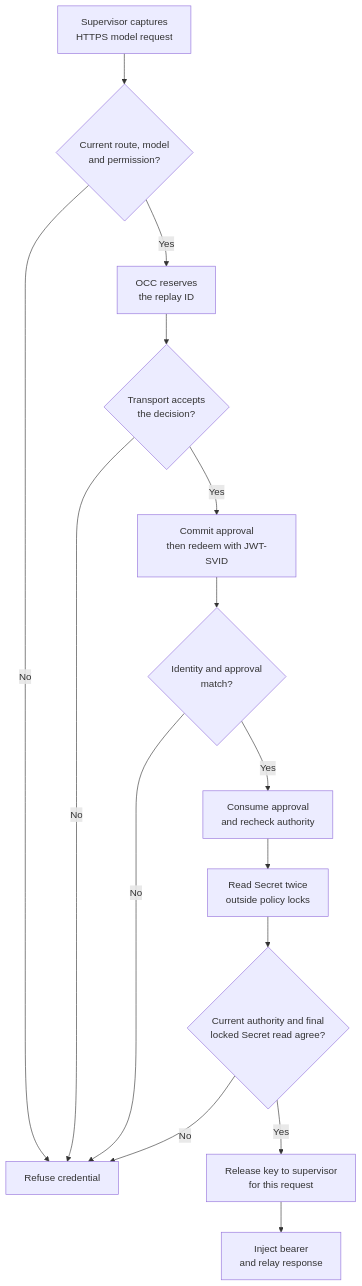
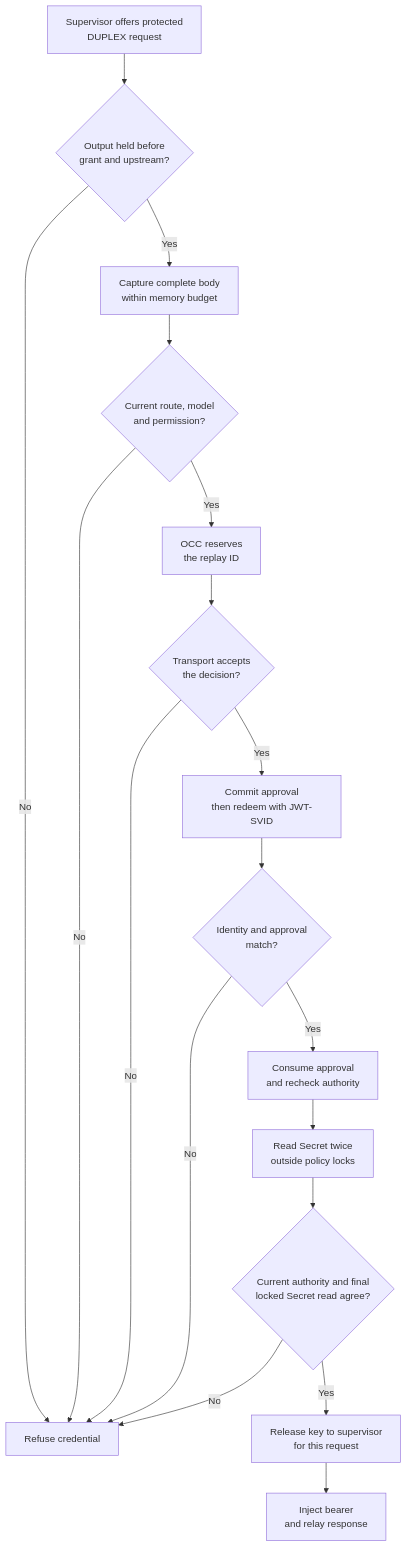
The diagram in docs/flows/credential-source-egress/model-requests.md (openclaw/openclaw-enterprise), drawn with Mermaid before and after one commit. The commit also changed other lines of this file and 13 other files, not shown here.

````diff
--- a/docs/flows/credential-source-egress/model-requests.md
+++ b/docs/flows/credential-source-egress/model-requests.md
@@ -33,17 +33,20 @@
 ```mermaid
 graph TD
-  A["Supervisor captures<br/>HTTPS model request"] --> B{"Current route, model<br/>and permission?"}
-  B -->|No| X["Refuse credential"]
+  A["Supervisor offers protected<br/>DUPLEX request"] --> P{"Output held before<br/>grant and upstream?"}
+  P -->|No| X["Refuse credential"]
+  P -->|Yes| V["Capture complete body<br/>within memory budget"]
+  V --> B{"Current route, model<br/>and permission?"}
+  B -->|No| X
   B -->|Yes| C["OCC reserves<br/>the replay ID"]
   C --> K{"Transport accepts<br/>the decision?"}
   K -->|No| X
   K -->|Yes| D["Commit approval<br/>then redeem with JWT-SVID"]
   D --> E{"Identity and approval<br/>match?"}
   E -->|No| X
   E -->|Yes| F["Consume approval<br/>and recheck authority"]
   F --> G["Read Secret twice<br/>outside policy locks"]
   G --> H{"Current authority and final<br/>locked Secret read agree?"}
   H -->|No| X
   H -->|Yes| I["Release key to supervisor<br/>for this request"]
   I --> J["Inject bearer<br/>and relay response"]
 ```
````
